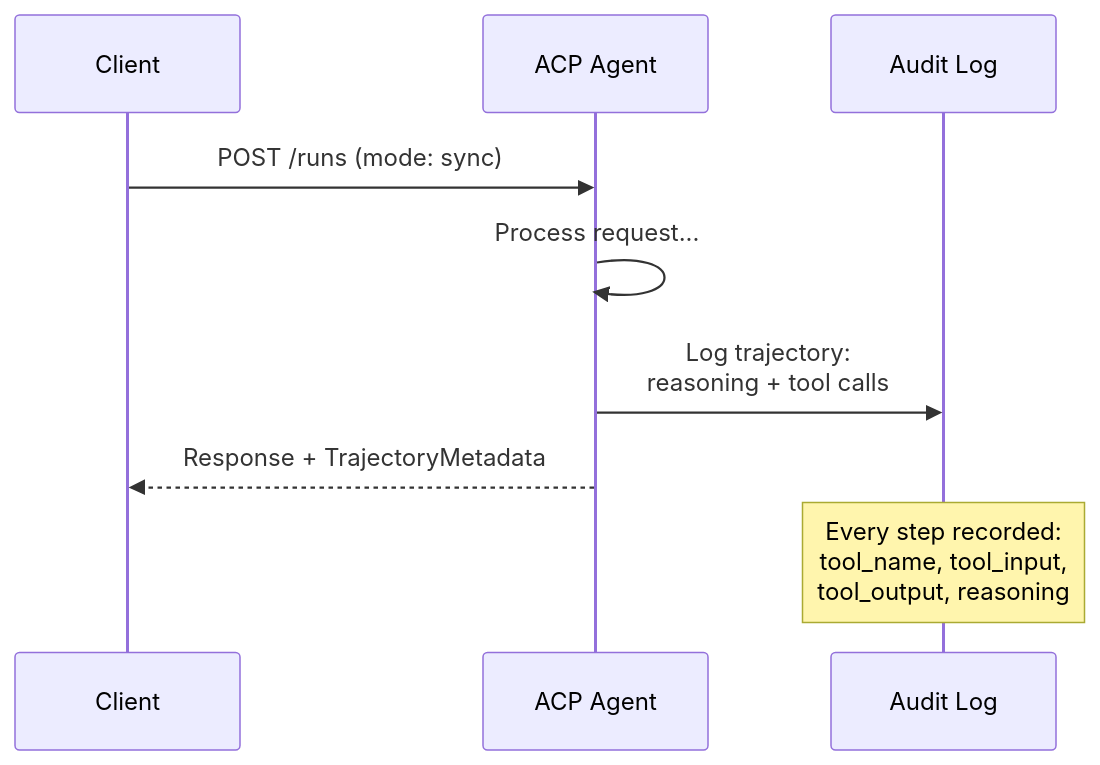
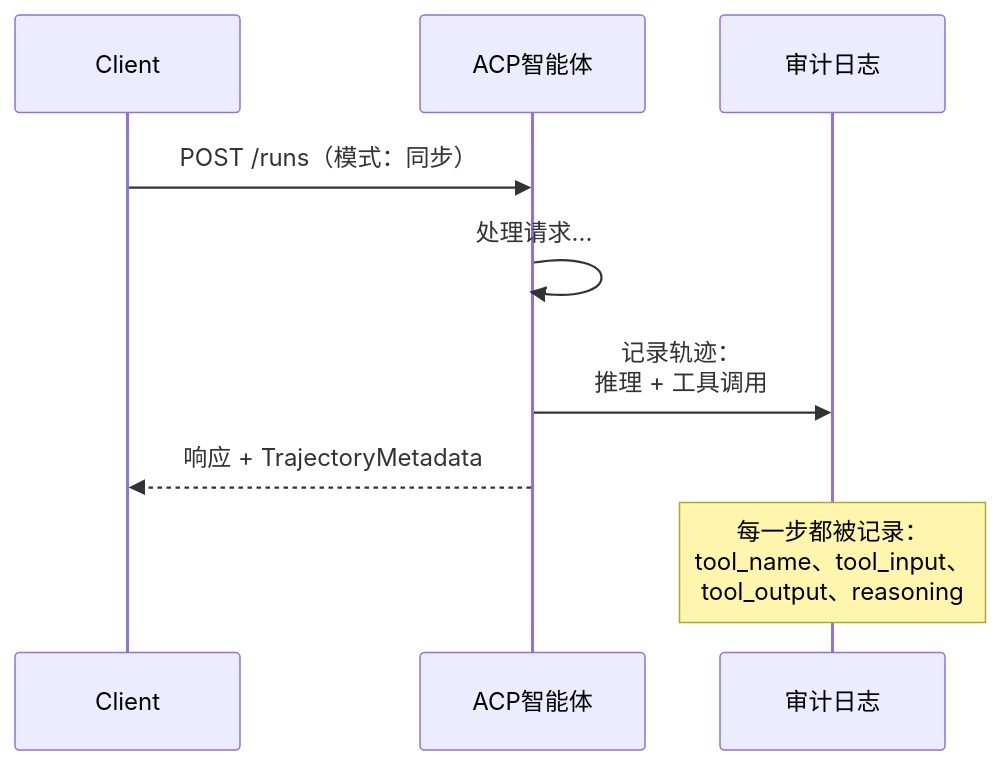
The fifth of 13 diagrams in lessons/16-multi-agent-and-swarms/03-communication-protocols/docs/zh.md (guangningsun/ailearning), drawn with Mermaid before and after one commit. The commit also changed other lines of this file and 25 other files, not shown here.

````diff
--- a/lessons/16-multi-agent-and-swarms/03-communication-protocols/docs/zh.md
+++ b/lessons/16-multi-agent-and-swarms/03-communication-protocols/docs/zh.md
@@ -293,12 +293,12 @@
 ```mermaid
 sequenceDiagram
     participant Client
-    participant ACP as ACP Agent
-    participant Audit as Audit Log
+    participant ACP as ACP智能体
+    participant Audit as 审计日志
 
-    Client->>ACP: POST /runs (mode: sync)
-    ACP->>ACP: Process request...
-    ACP->>Audit: Log trajectory:<br/>reasoning + tool calls
-    ACP-->>Client: Response + TrajectoryMetadata
-    Note over Audit: Every step recorded:<br/>tool_name, tool_input,<br/>tool_output, reasoning
+    Client->>ACP: POST /runs（模式：同步）
+    ACP->>ACP: 处理请求...
+    ACP->>Audit: 记录轨迹：<br/>推理 + 工具调用
+    ACP-->>Client: 响应 + TrajectoryMetadata
+    Note over Audit: 每一步都被记录：<br/>tool_name、tool_input、<br/>tool_output、reasoning
 ```
````
